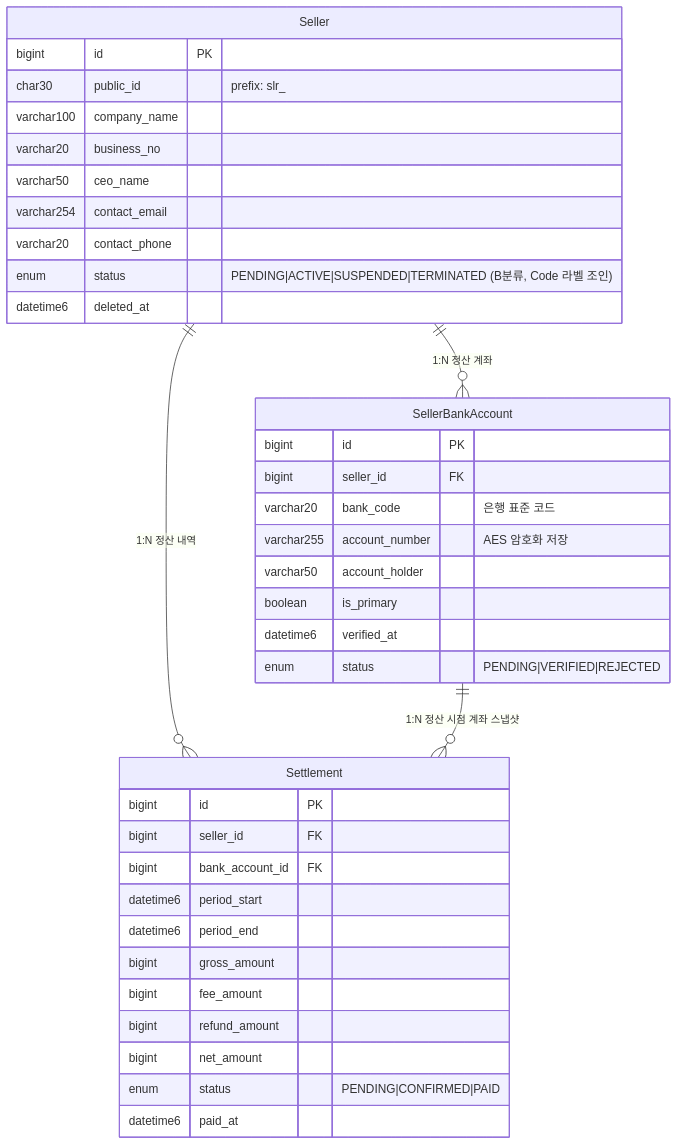
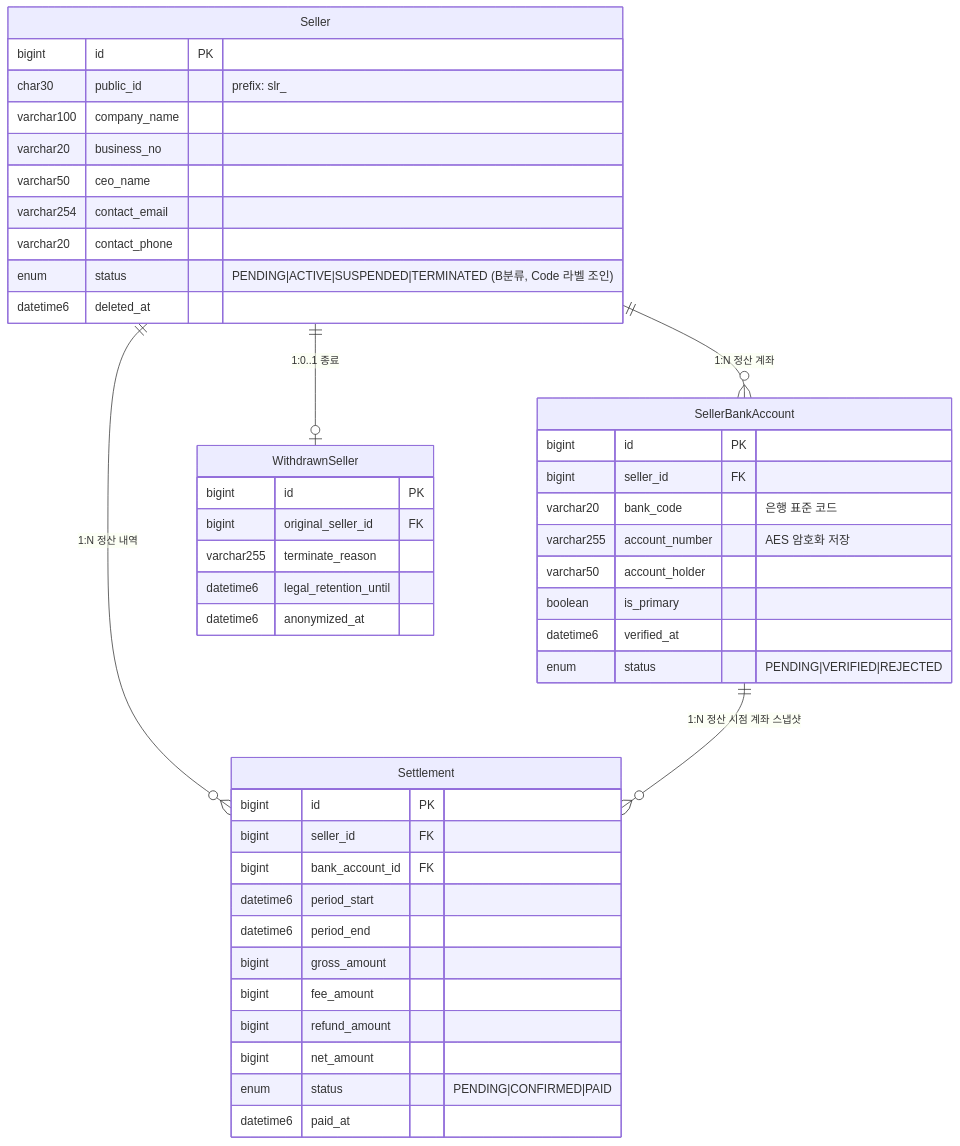
One commit to zeus721-zslab/zslab-mall changed the diagram in docs/design/erd/02-seller-settlement.md. Above: the diagram before and after it, drawn with Mermaid. The commit also changed other lines of this file and 6 other files, not shown here.

````diff
--- a/docs/design/erd/02-seller-settlement.md
+++ b/docs/design/erd/02-seller-settlement.md
@@ -9,43 +9,52 @@
 ```mermaid
 erDiagram
     Seller {
         bigint id PK
         char30 public_id "prefix: slr_"
         varchar100 company_name
         varchar20 business_no
         varchar50 ceo_name
         varchar254 contact_email
         varchar20 contact_phone
         enum status "PENDING|ACTIVE|SUSPENDED|TERMINATED (B분류, Code 라벨 조인)"
         datetime6 deleted_at
     }
 
     SellerBankAccount {
         bigint id PK
         bigint seller_id FK
         varchar20 bank_code "은행 표준 코드"
         varchar255 account_number "AES 암호화 저장"
         varchar50 account_holder
         boolean is_primary
         datetime6 verified_at
         enum status "PENDING|VERIFIED|REJECTED"
     }
 
     Settlement {
         bigint id PK
         bigint seller_id FK
         bigint bank_account_id FK
         datetime6 period_start
         datetime6 period_end
         bigint gross_amount
         bigint fee_amount
         bigint refund_amount
         bigint net_amount
         enum status "PENDING|CONFIRMED|PAID"
         datetime6 paid_at
     }
 
+    WithdrawnSeller {
+        bigint id PK
+        bigint original_seller_id FK
+        varchar255 terminate_reason
+        datetime6 legal_retention_until
+        datetime6 anonymized_at
+    }
+
     Seller ||--o{ SellerBankAccount : "1:N 정산 계좌"
     Seller ||--o{ Settlement : "1:N 정산 내역"
+    Seller ||--o| WithdrawnSeller : "1:0..1 종료"
     SellerBankAccount ||--o{ Settlement : "1:N 정산 시점 계좌 스냅샷"
 ```
````
